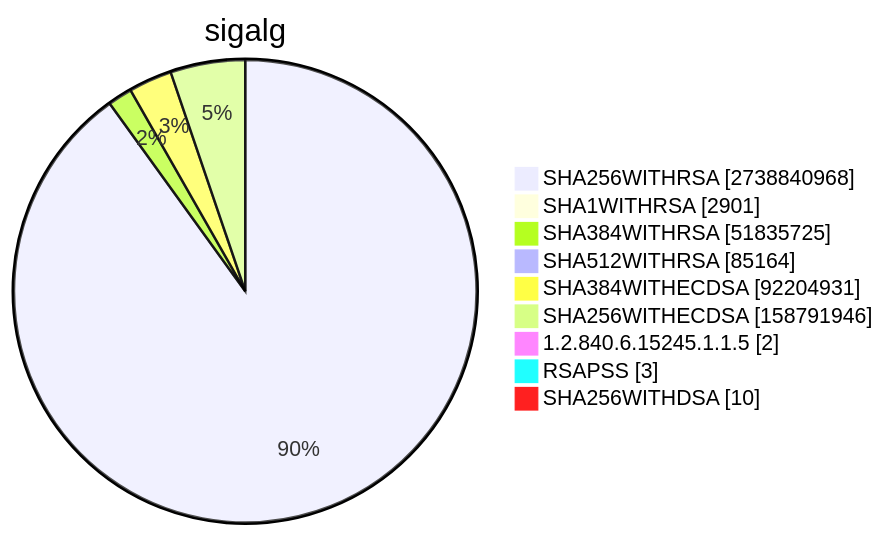
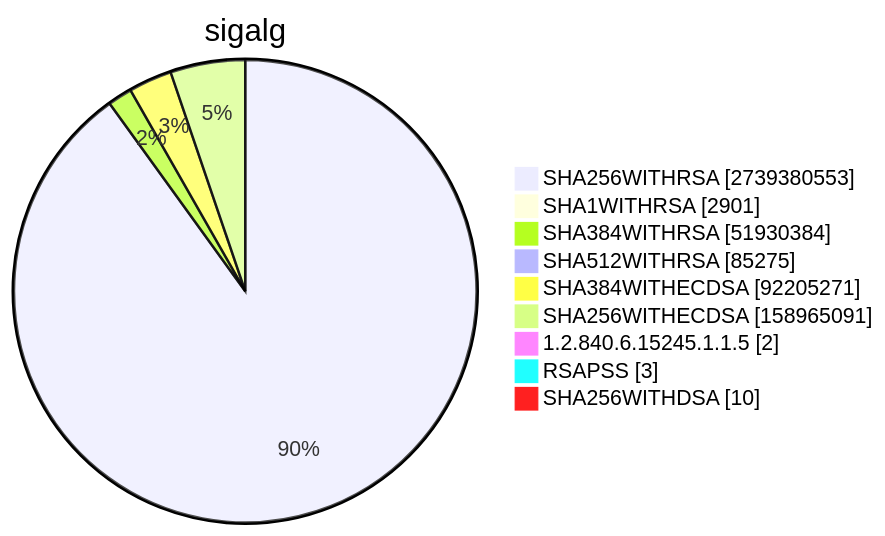
One commit to christiankrug/ctmonitor_visualization changed diagram 15 of 15 in TOTAL/README.md. Above: the diagram before and after it, drawn with Mermaid. The commit also changed other lines of this file, not shown here.

````diff
--- a/TOTAL/README.md
+++ b/TOTAL/README.md
@@ -6201,13 +6203,13 @@
 ```mermaid
 pie showData
 title sigalg
-"SHA256WITHRSA" :2738840968
+"SHA256WITHRSA" :2739380553
 "SHA1WITHRSA" :2901
-"SHA384WITHRSA" :51835725
-"SHA512WITHRSA" :85164
-"SHA384WITHECDSA" :92204931
-"SHA256WITHECDSA" :158791946
+"SHA384WITHRSA" :51930384
+"SHA512WITHRSA" :85275
+"SHA384WITHECDSA" :92205271
+"SHA256WITHECDSA" :158965091
 "1.2.840.6.15245.1.1.5" :2
 "RSAPSS" :3
 "SHA256WITHDSA" :10
 ```
````
